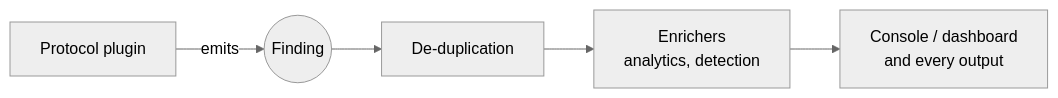
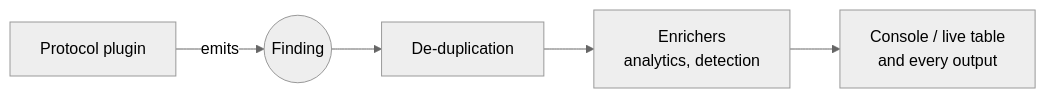
Before and after one commit to haydena23/netcreds-ng: the diagram in docs/getting-started/concepts.md, drawn with Mermaid (neutral theme). The commit also changed other lines of this file and 102 other files, not shown here.

````diff
--- a/docs/getting-started/concepts.md
+++ b/docs/getting-started/concepts.md
@@ -9,7 +9,7 @@
 ```mermaid
 flowchart LR
     P[Protocol plugin] -->|emits| F((Finding))
     F --> D[De-duplication]
     D --> E[Enrichers<br/>analytics, detection]
-    E --> S[Console / dashboard<br/>and every output]
+    E --> S[Console / live table<br/>and every output]
 ```
````
